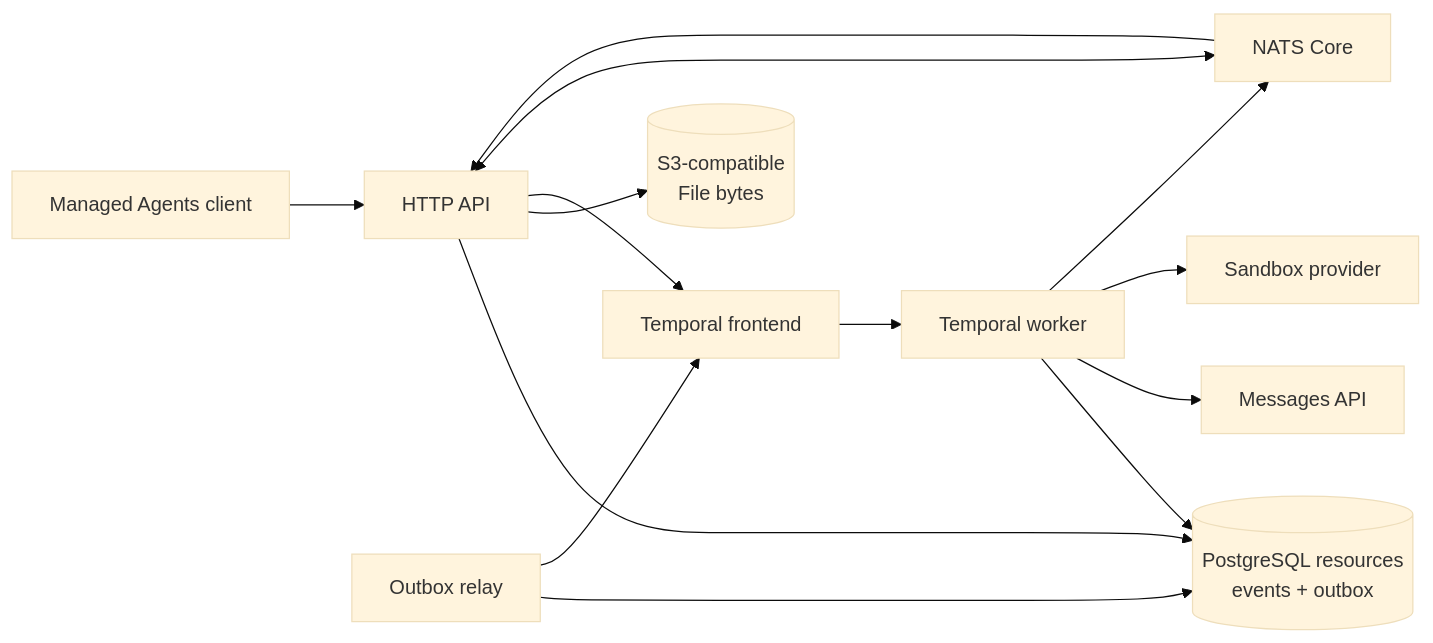
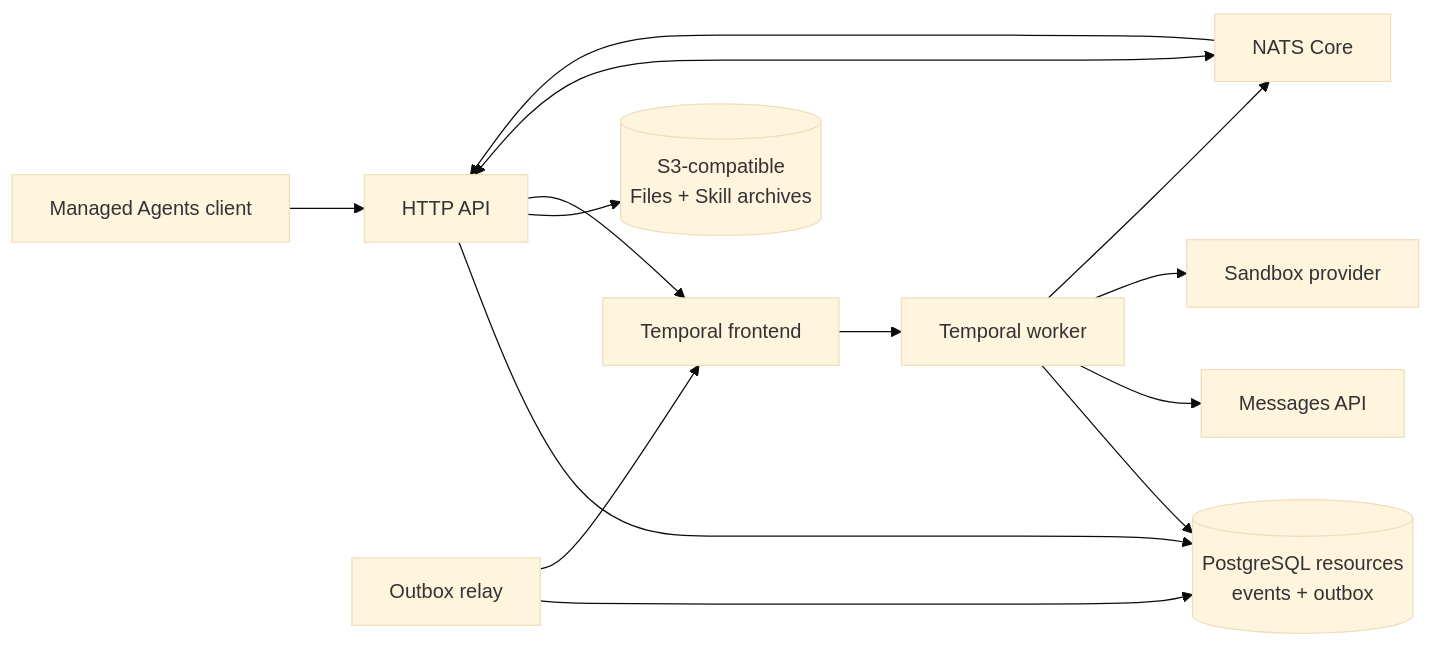
The diagram in docs/architecture.md (yanpgwang/managed-agent-go), drawn with Mermaid (base theme) before and after one commit. The commit also changed other lines of this file and 29 other files, not shown here.

````diff
--- a/docs/architecture.md
+++ b/docs/architecture.md
@@ -19,16 +20,16 @@
 ```mermaid
 flowchart LR
   Client["Managed Agents client"] --> API["HTTP API"]
   API --> PG[("PostgreSQL resources<br/>events + outbox")]
-  API --> Objects[("S3-compatible<br/>File bytes")]
+  API --> Objects[("S3-compatible<br/>Files + Skill archives")]
   API --> Temporal["Temporal frontend"]
   API <--> NATS["NATS Core"]
   Relay["Outbox relay"] --> PG
   Relay --> Temporal
   Temporal --> Worker["Temporal worker"]
   Worker --> PG
   Worker --> Model["Messages API"]
   Worker --> Sandbox["Sandbox provider"]
   Worker --> NATS
   NATS --> API
 ```
````
